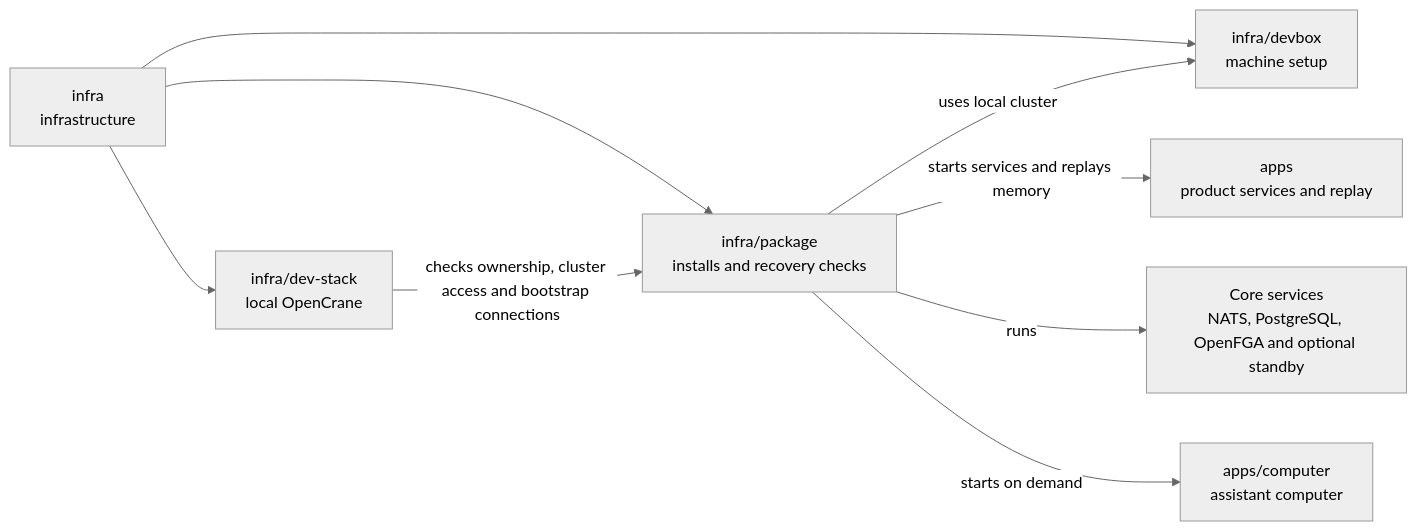
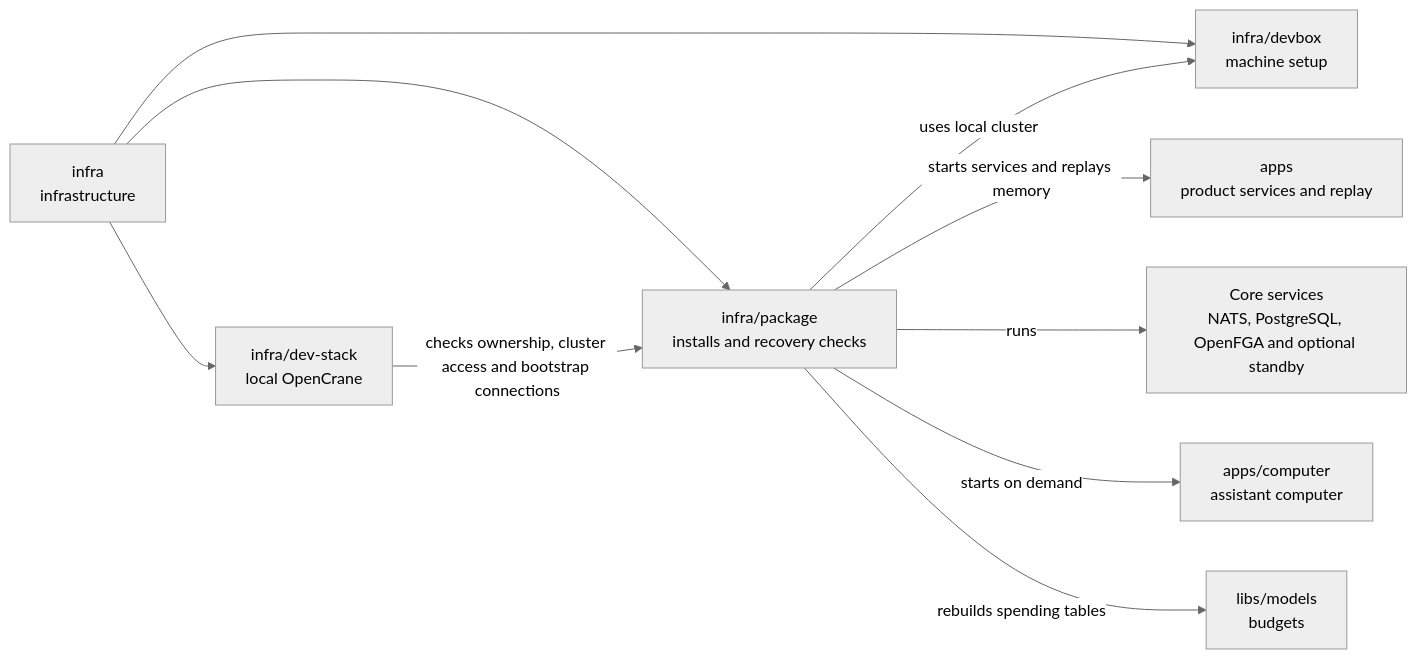
Before and after one commit to elewa-git/opencrane-new: the diagram in infra/package/README.md, drawn with Mermaid (neutral theme). The commit also changed other lines of this file and 6 other files, not shown here.

````diff
--- a/infra/package/README.md
+++ b/infra/package/README.md
@@ -19,11 +19,12 @@
 ```mermaid
 flowchart LR
   infra["infra<br/>infrastructure"] --> package["infra/package<br/>installs and recovery checks"]
   infra --> stack["infra/dev-stack<br/>local OpenCrane"]
   infra --> devbox["infra/devbox<br/>machine setup"]
   stack -->|checks ownership, cluster access and bootstrap connections| package
   package -->|uses local cluster| devbox
   package -->|starts services and replays memory| apps["apps<br/>product services and replay"]
   package -->|runs| services["Core services<br/>NATS, PostgreSQL, OpenFGA and optional standby"]
   package -->|starts on demand| computer["apps/computer<br/>assistant computer"]
+  package -->|rebuilds spending tables| models["libs/models<br/>budgets"]
 ```
````
